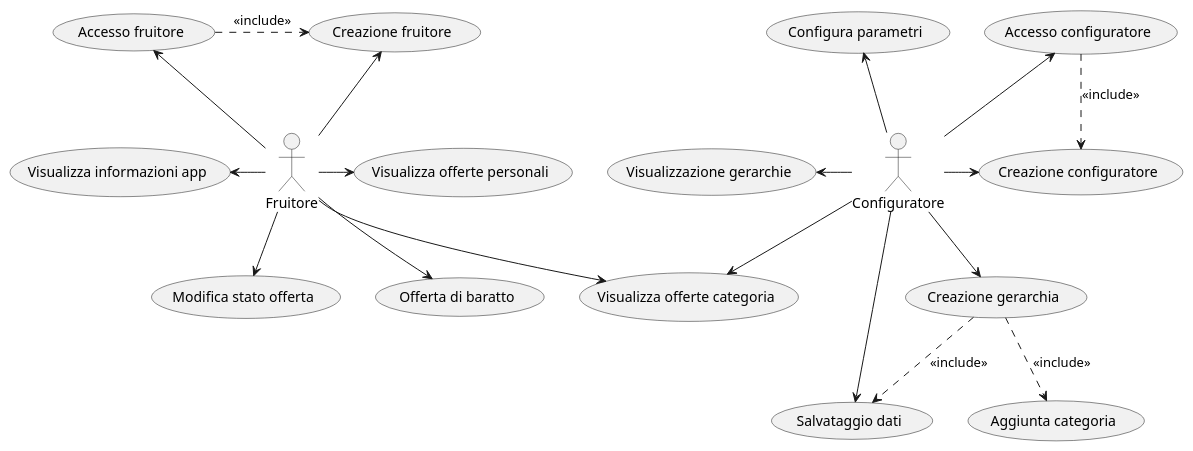
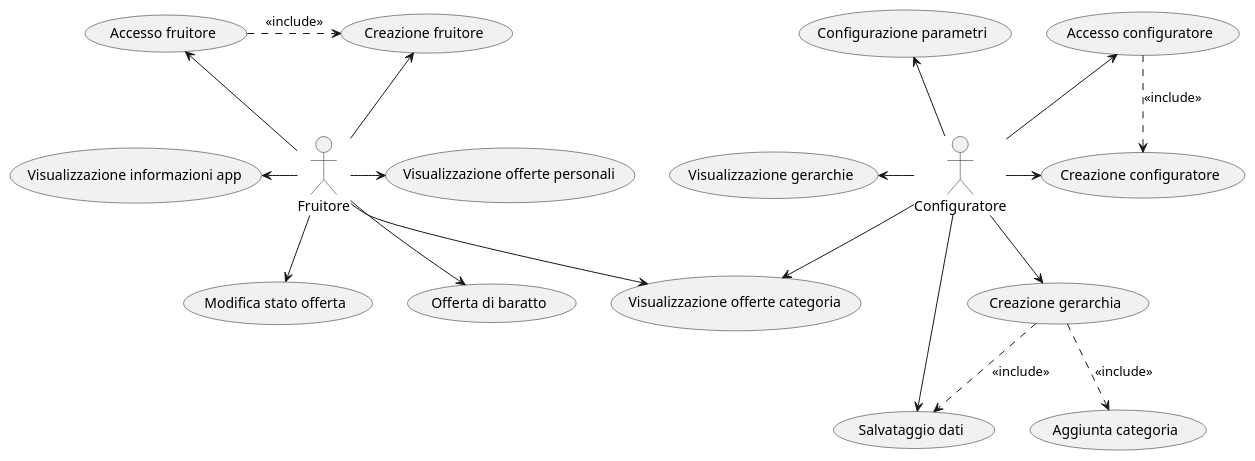
Before and after one commit to eletoo/inge_del_software: the diagram in doc/uml/version3/puml/Use case diagram-Version3.0.puml, drawn with PlantUML.

Commit message:
version 3.0.1

```diff
--- a/doc/uml/version3/puml/Use case diagram-Version3.0.puml
+++ b/doc/uml/version3/puml/Use case diagram-Version3.0.puml
@@ -1,45 +1,45 @@
 @startuml
 
 :Fruitore: as Admin
 (Accesso fruitore) as (UseF1)
 (Creazione fruitore) as (UseF2)
-(Visualizza informazioni app) as (UseF3)
-(Visualizza offerte categoria) as (UseF5)
-(Visualizza offerte personali) as (UseF6)
+(Visualizzazione informazioni app) as (UseF3)
+(Visualizzazione offerte categoria) as (UseF5)
+(Visualizzazione offerte personali) as (UseF6)
 (Offerta di baratto) as (UseF7)
 (Modifica stato offerta) as (UseF8)
 
 Admin -left-> (UseF3)
 Admin -up-> (UseF1)
 Admin -up-> (UseF2)
 Admin -right-> (UseF6)
 Admin --> (UseF5)
 Admin --> (UseF7)
 Admin --> (UseF8)
 
 (UseF1) .right.> (UseF2): <<include>>
 
 (Accesso configuratore) as (Use1)
 (Creazione configuratore) as (Use2)
 (Salvataggio dati) as (Use3)
 (Visualizzazione gerarchie) as (Use4)
 (Creazione gerarchia) as (Use5)
 (Aggiunta categoria) as (Use6)
-(Configura parametri) as (Use7)
+(Configurazione parametri) as (Use7)
 
 :Configuratore: as Admin2
 Admin2 -left-> (Use4)
 Admin2 --> (Use5)
 Admin2 --> (Use3)
 Admin2 -right-> (Use2)
 Admin2 -up-> (Use1)
 Admin2 -up-> (Use7)
 Admin2 --> (UseF5)
 
 
 (Use1) ..> (Use2): <<include>>
 (Use5) ..> (Use6): <<include>>
 (Use5) ..> (Use3): <<include>>
 
 
 @enduml
```
